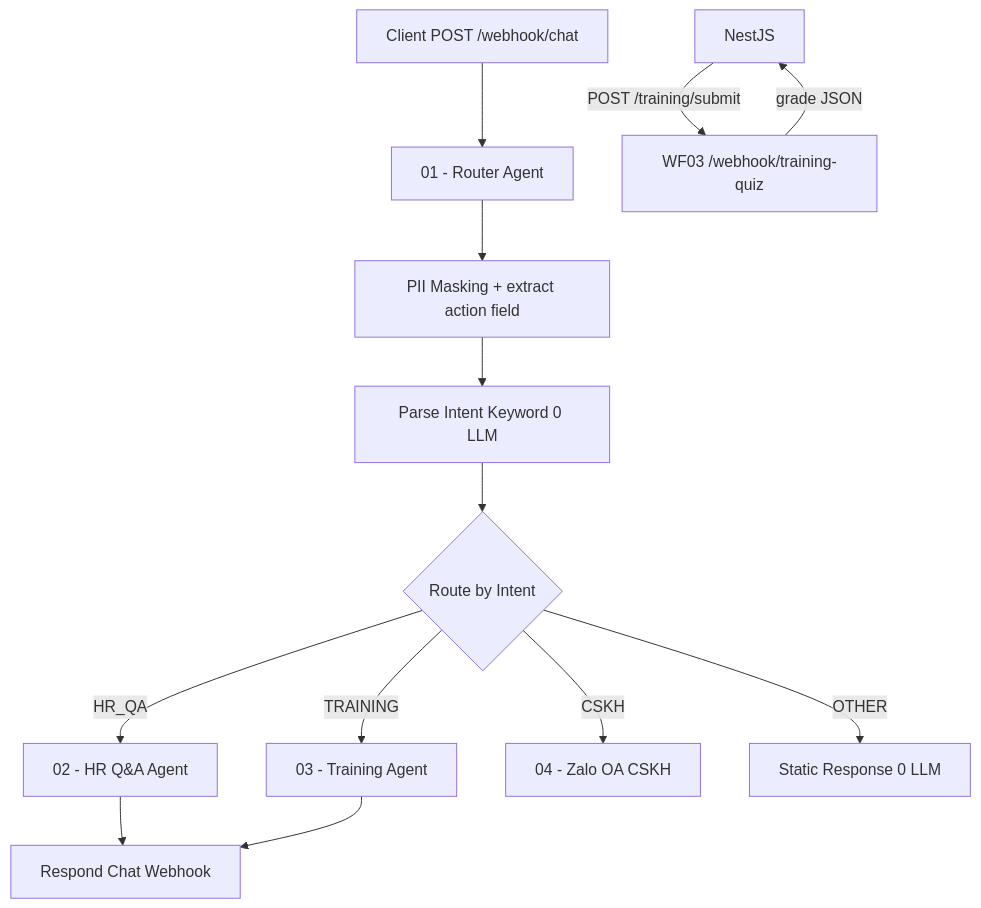
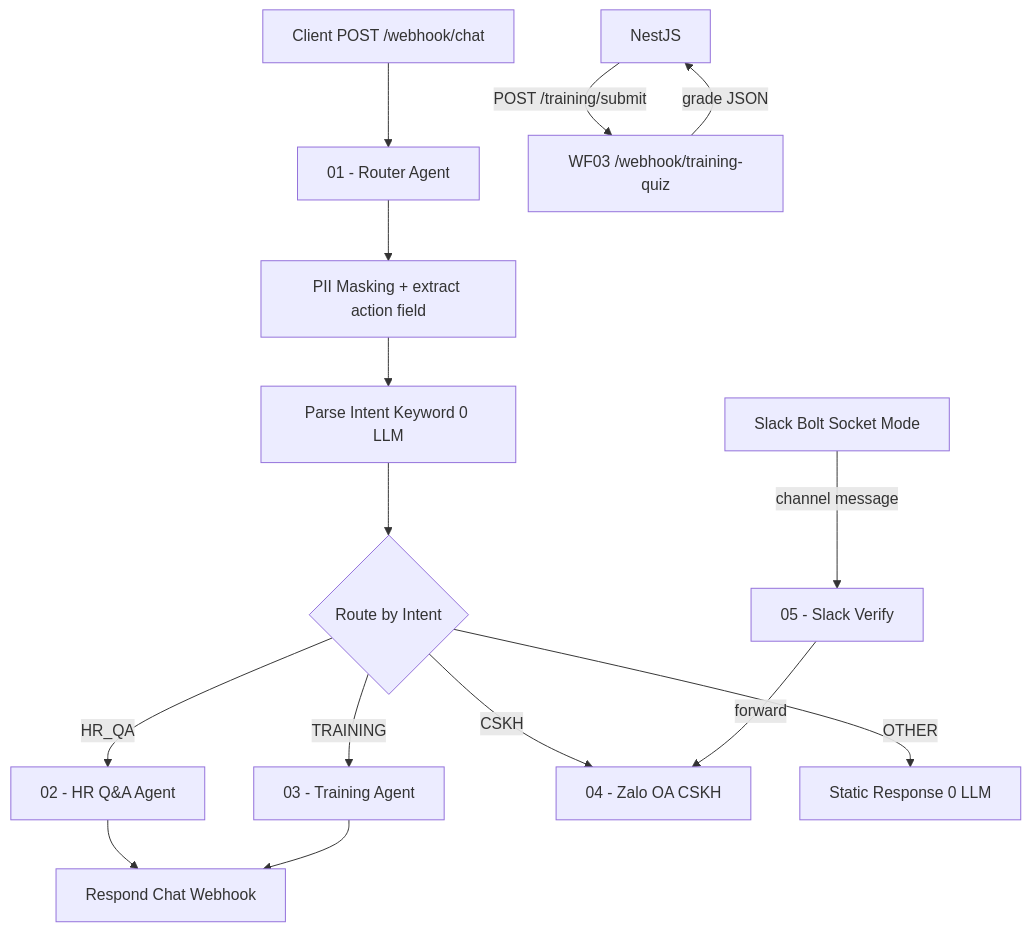
Before and after one commit to NguyenDang182005/khoa-luan: the diagram in Khóa Luận/06 - n8n Workflows & AI Agents.md, drawn with Mermaid. The commit also changed other lines of this file and 457 other files, not shown here.

````diff
--- a/Khóa Luận/06 - n8n Workflows & AI Agents.md
+++ b/Khóa Luận/06 - n8n Workflows & AI Agents.md
@@ -28,15 +28,17 @@
 ```mermaid
 graph TD
     Client[Client POST /webhook/chat] --> WF01[01 - Router Agent]
     WF01 --> PII[PII Masking + extract action field]
     PII --> Intent[Parse Intent Keyword 0 LLM]
     Intent --> Switch{Route by Intent}
     Switch -->|HR_QA| WF02[02 - HR Q&A Agent]
     Switch -->|TRAINING| WF03[03 - Training Agent]
     Switch -->|CSKH| WF04[04 - Zalo OA CSKH]
     Switch -->|OTHER| RespOther[Static Response 0 LLM]
     WF02 --> RespAll[Respond Chat Webhook]
     WF03 --> RespAll
     NestJS -->|POST /training/submit| WF03Quiz[WF03 /webhook/training-quiz]
     WF03Quiz -->|grade JSON| NestJS
+    SlackBolt[Slack Bolt Socket Mode] -->|channel message| WF05[05 - Slack Verify]
+    WF05 -->|forward| WF04
 ```
````
